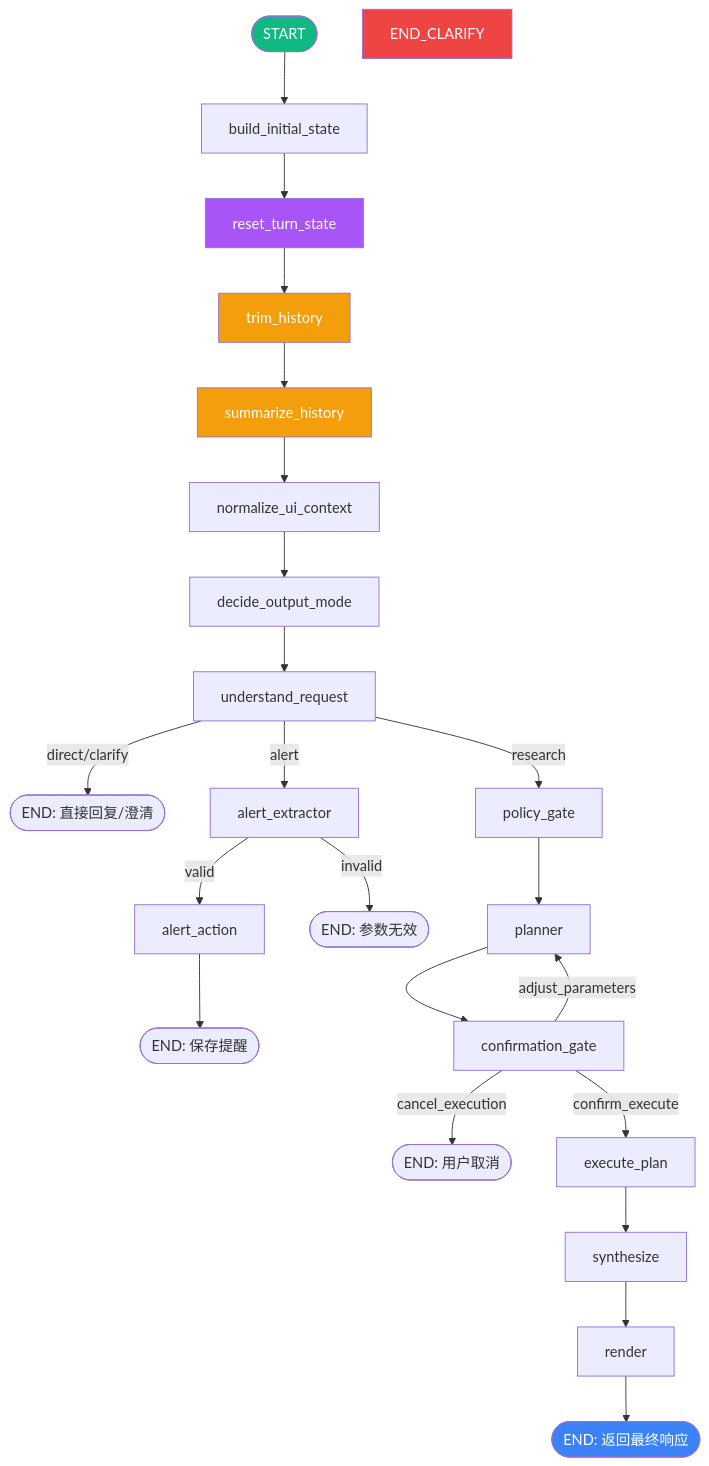
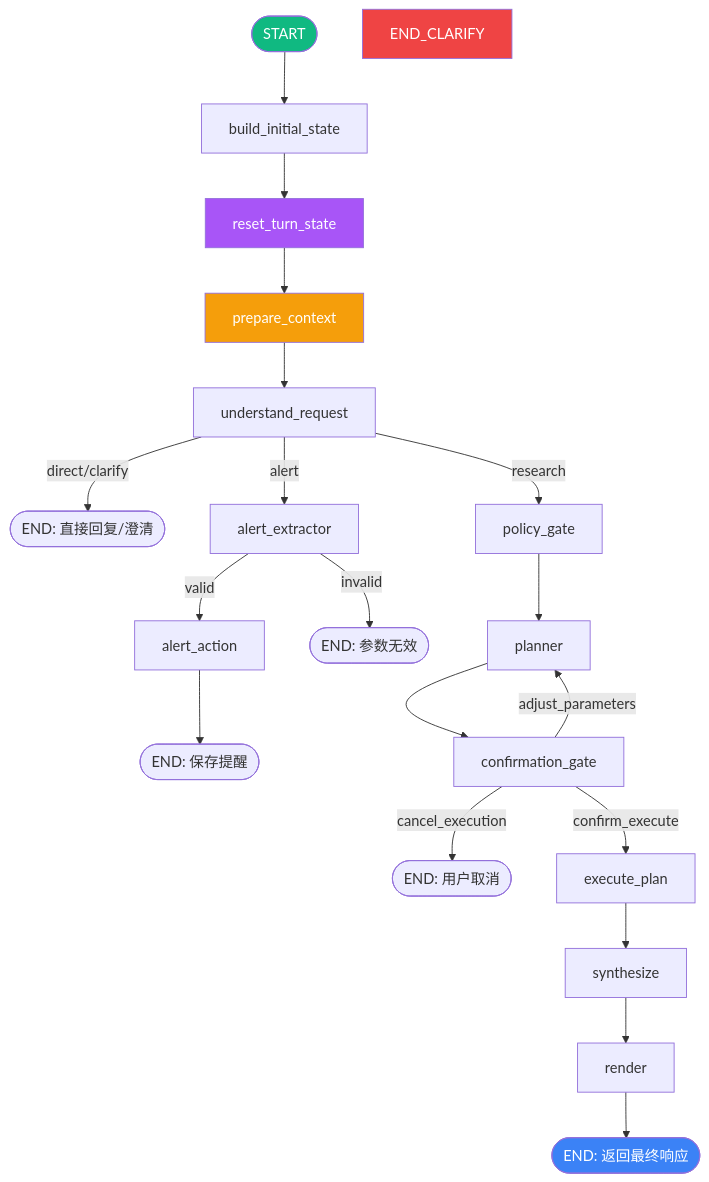
Before and after one commit to kkkano/FinSight: the first of 4 diagrams in docs/LANGGRAPH_FLOW.md, drawn with Mermaid. The commit also changed other lines of this file and 13 other files, not shown here.

Commit message:
docs: finalize request understanding architecture

````diff
--- a/docs/LANGGRAPH_FLOW.md
+++ b/docs/LANGGRAPH_FLOW.md
@@ -11,31 +11,27 @@
 ```mermaid
 graph TD
     START([START]) --> build_initial_state
     build_initial_state --> reset_turn_state
-    reset_turn_state --> trim_history
-    trim_history --> summarize_history
-    summarize_history --> normalize_ui_context
-    normalize_ui_context --> decide_output_mode
-    decide_output_mode --> understand_request
+    reset_turn_state --> prepare_context
+    prepare_context --> understand_request
     understand_request -->|direct/clarify| END_CHAT([END: 直接回复/澄清])
     understand_request -->|alert| alert_extractor
     alert_extractor -->|valid| alert_action
     alert_action --> END_ALERT([END: 保存提醒])
     alert_extractor -->|invalid| END_ALERT_INVALID([END: 参数无效])
     understand_request -->|research| policy_gate
     policy_gate --> planner
     planner --> confirmation_gate
     confirmation_gate -->|cancel_execution| END_CANCEL([END: 用户取消])
     confirmation_gate -->|adjust_parameters| planner
     confirmation_gate -->|confirm_execute| execute_plan
     execute_plan --> synthesize
     synthesize --> render
     render --> END_DONE([END: 返回最终响应])
 
     style START fill:#10b981,color:#fff
     style reset_turn_state fill:#a855f7,color:#fff
-    style trim_history fill:#f59e0b,color:#fff
-    style summarize_history fill:#f59e0b,color:#fff
+    style prepare_context fill:#f59e0b,color:#fff
     style END_CLARIFY fill:#ef4444,color:#fff
     style END_DONE fill:#3b82f6,color:#fff
 ```
````
